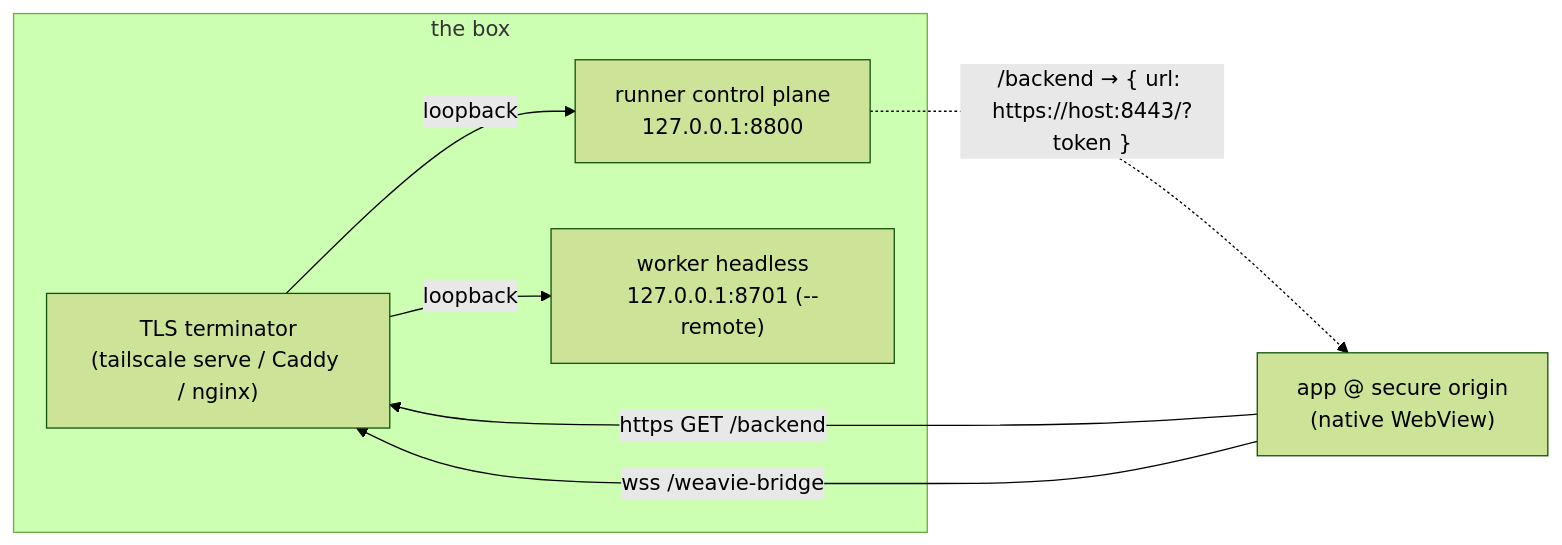
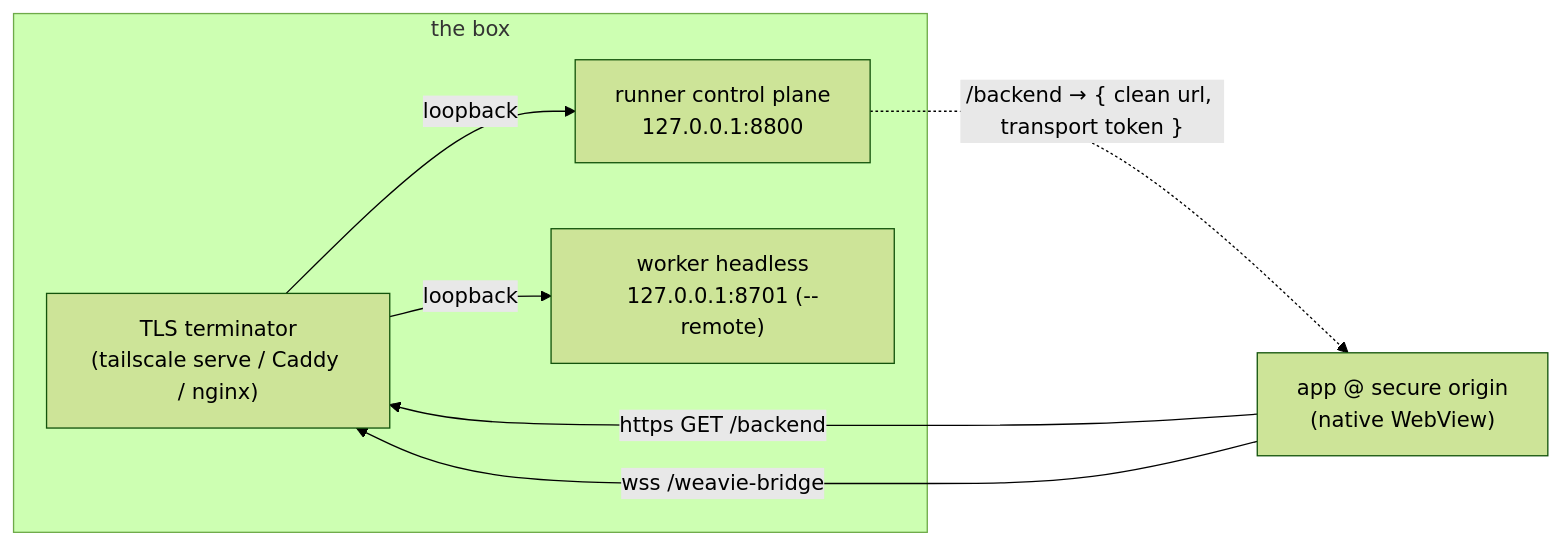
The first of 2 diagrams in docs/specs/tls-on-the-runner.md (Kapps/weavie), drawn with Mermaid (forest theme) before and after one commit. The commit also changed other lines of this file and 32 other files, not shown here.

````diff
--- a/docs/specs/tls-on-the-runner.md
+++ b/docs/specs/tls-on-the-runner.md
@@ -29,14 +29,14 @@
 ```mermaid
 flowchart LR
     subgraph box["the box"]
         TERM["TLS terminator<br/>(tailscale serve / Caddy / nginx)"]
         RUN["runner control plane<br/>127.0.0.1:8800"]
         WK["worker headless<br/>127.0.0.1:8701 (--remote)"]
     end
     APP["app @ secure origin<br/>(native WebView)"]
     APP -- "https GET /backend" --> TERM
     TERM -- loopback --> RUN
     APP -- "wss /weavie-bridge" --> TERM
     TERM -- loopback --> WK
-    RUN -. "/backend → { url: https://host:8443/?token }" .-> APP
+    RUN -. "/backend → { clean url, transport token }" .-> APP
 ```
````
